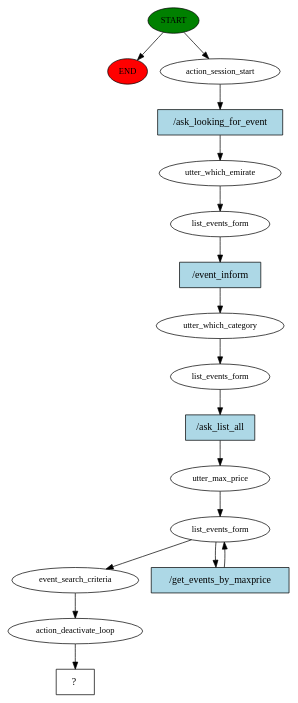
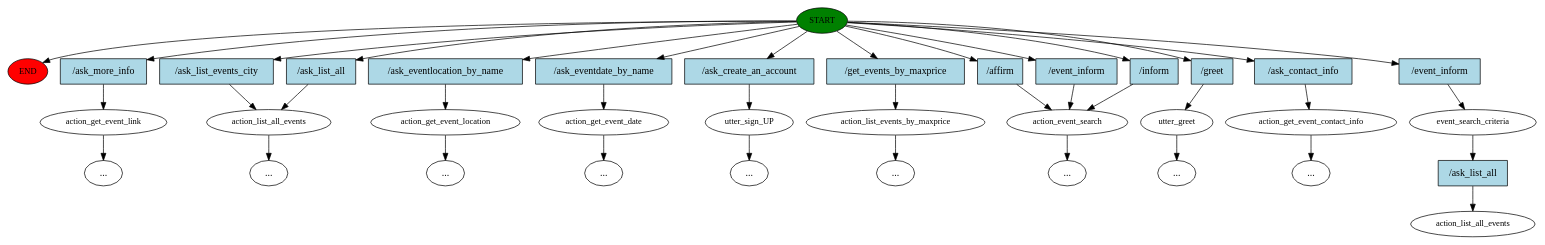
One commit to EhteshamBahoo/Tic8M8_Bot changed the diagram in story_graph.dot. Above: the diagram before and after it, drawn with Graphviz. The commit also changed 13 other files, not shown here.

```diff
--- a/story_graph.dot
+++ b/story_graph.dot
@@ -1,34 +1,76 @@
 digraph  {
 0 [class="start active", fillcolor=green, fontsize=12, label=START, style=filled];
 "-1" [class=end, fillcolor=red, fontsize=12, label=END, style=filled];
-1 [class=active, fontsize=12, label=action_session_start];
-2 [class=active, fontsize=12, label=utter_which_emirate];
-3 [class=active, fontsize=12, label=list_events_form];
-4 [class=active, fontsize=12, label=utter_which_category];
-5 [class=active, fontsize=12, label=list_events_form];
-6 [class=active, fontsize=12, label=utter_max_price];
-7 [class=active, fontsize=12, label=list_events_form];
-9 [class=active, fontsize=12, label=event_search_criteria];
-10 [class=active, fontsize=12, label=action_deactivate_loop];
-11 [class="intent dashed active", label="  ?  ", shape=rect];
-12 [class="intent active", fillcolor=lightblue, label="/ask_looking_for_event", shape=rect, style=filled];
-13 [class="intent active", fillcolor=lightblue, label="/event_inform", shape=rect, style=filled];
-14 [class="intent active", fillcolor=lightblue, label="/ask_list_all", shape=rect, style=filled];
-15 [class="intent active", fillcolor=lightblue, label="/get_events_by_maxprice", shape=rect, style=filled];
+1 [class="", fontsize=12, label=action_get_event_link];
+2 [class="", fontsize=12, label=action_list_all_events];
+"-5" [class=ellipsis, label="..."];
+4 [class="", fontsize=12, label=action_get_event_location];
+5 [class="", fontsize=12, label=action_get_event_date];
+"-8" [class=ellipsis, label="..."];
+"-12" [class=ellipsis, label="..."];
+11 [class="", fontsize=12, label=utter_sign_UP];
+"-13" [class=ellipsis, label="..."];
+12 [class="", fontsize=12, label=action_list_events_by_maxprice];
+"-15" [class=ellipsis, label="..."];
+14 [class="", fontsize=12, label=action_event_search];
+"-20" [class=ellipsis, label="..."];
+19 [class="", fontsize=12, label=utter_greet];
+"-24" [class=ellipsis, label="..."];
+"-25" [class=ellipsis, label="..."];
+24 [class="", fontsize=12, label=action_get_event_contact_info];
+"-26" [class=ellipsis, label="..."];
+25 [class=active, fontsize=12, label=event_search_criteria];
+26 [class="dashed active", fontsize=12, label=action_list_all_events];
+27 [class=intent, fillcolor=lightblue, label="/ask_more_info", shape=rect, style=filled];
+28 [class=intent, fillcolor=lightblue, label="/ask_list_events_city", shape=rect, style=filled];
+29 [class=intent, fillcolor=lightblue, label="/ask_list_all", shape=rect, style=filled];
+30 [class=intent, fillcolor=lightblue, label="/ask_eventlocation_by_name", shape=rect, style=filled];
+31 [class=intent, fillcolor=lightblue, label="/ask_eventdate_by_name", shape=rect, style=filled];
+32 [class=intent, fillcolor=lightblue, label="/ask_create_an_account", shape=rect, style=filled];
+33 [class=intent, fillcolor=lightblue, label="/get_events_by_maxprice", shape=rect, style=filled];
+34 [class=intent, fillcolor=lightblue, label="/affirm", shape=rect, style=filled];
+35 [class=intent, fillcolor=lightblue, label="/event_inform", shape=rect, style=filled];
+36 [class=intent, fillcolor=lightblue, label="/inform", shape=rect, style=filled];
+37 [class=intent, fillcolor=lightblue, label="/greet", shape=rect, style=filled];
+38 [class=intent, fillcolor=lightblue, label="/ask_contact_info", shape=rect, style=filled];
+39 [class="intent active", fillcolor=lightblue, label="/event_inform", shape=rect, style=filled];
+40 [class="intent active", fillcolor=lightblue, label="/ask_list_all", shape=rect, style=filled];
 0 -> "-1"  [class="", key=NONE, label=""];
-0 -> 1  [class=active, key=NONE, label=""];
-1 -> 12  [class=active, key=0];
-2 -> 3  [class=active, key=NONE, label=""];
-3 -> 13  [class=active, key=0];
-4 -> 5  [class=active, key=NONE, label=""];
-5 -> 14  [class=active, key=0];
-6 -> 7  [class=active, key=NONE, label=""];
-7 -> 9  [class=active, key=NONE, label=""];
-7 -> 15  [class=active, key=0];
-9 -> 10  [class=active, key=NONE, label=""];
-10 -> 11  [class=active, key=NONE, label=""];
-12 -> 2  [class=active, key=0];
-13 -> 4  [class=active, key=0];
-14 -> 6  [class=active, key=0];
-15 -> 7  [class=active, key=0];
+0 -> 27  [class="", key=0];
+0 -> 28  [class="", key=0];
+0 -> 29  [class="", key=0];
+0 -> 30  [class="", key=0];
+0 -> 31  [class="", key=0];
+0 -> 32  [class="", key=0];
+0 -> 33  [class="", key=0];
+0 -> 34  [class="", key=0];
+0 -> 35  [class="", key=0];
+0 -> 36  [class="", key=0];
+0 -> 37  [class="", key=0];
+0 -> 38  [class="", key=0];
+0 -> 39  [class=active, key=0];
+1 -> "-5"  [class="", key=NONE, label=""];
+2 -> "-12"  [class="", key=NONE, label=""];
+4 -> "-8"  [class="", key=NONE, label=""];
+5 -> "-25"  [class="", key=NONE, label=""];
+11 -> "-13"  [class="", key=NONE, label=""];
+12 -> "-15"  [class="", key=NONE, label=""];
+14 -> "-20"  [class="", key=NONE, label=""];
+19 -> "-24"  [class="", key=NONE, label=""];
+24 -> "-26"  [class="", key=NONE, label=""];
+25 -> 40  [class=active, key=0];
+27 -> 1  [class="", key=0];
+28 -> 2  [class="", key=0];
+29 -> 2  [class="", key=0];
+30 -> 4  [class="", key=0];
+31 -> 5  [class="", key=0];
+32 -> 11  [class="", key=0];
+33 -> 12  [class="", key=0];
+34 -> 14  [class="", key=0];
+35 -> 14  [class="", key=0];
+36 -> 14  [class="", key=0];
+37 -> 19  [class="", key=0];
+38 -> 24  [class="", key=0];
+39 -> 25  [class=active, key=0];
+40 -> 26  [class=active, key=0];
 }
```
